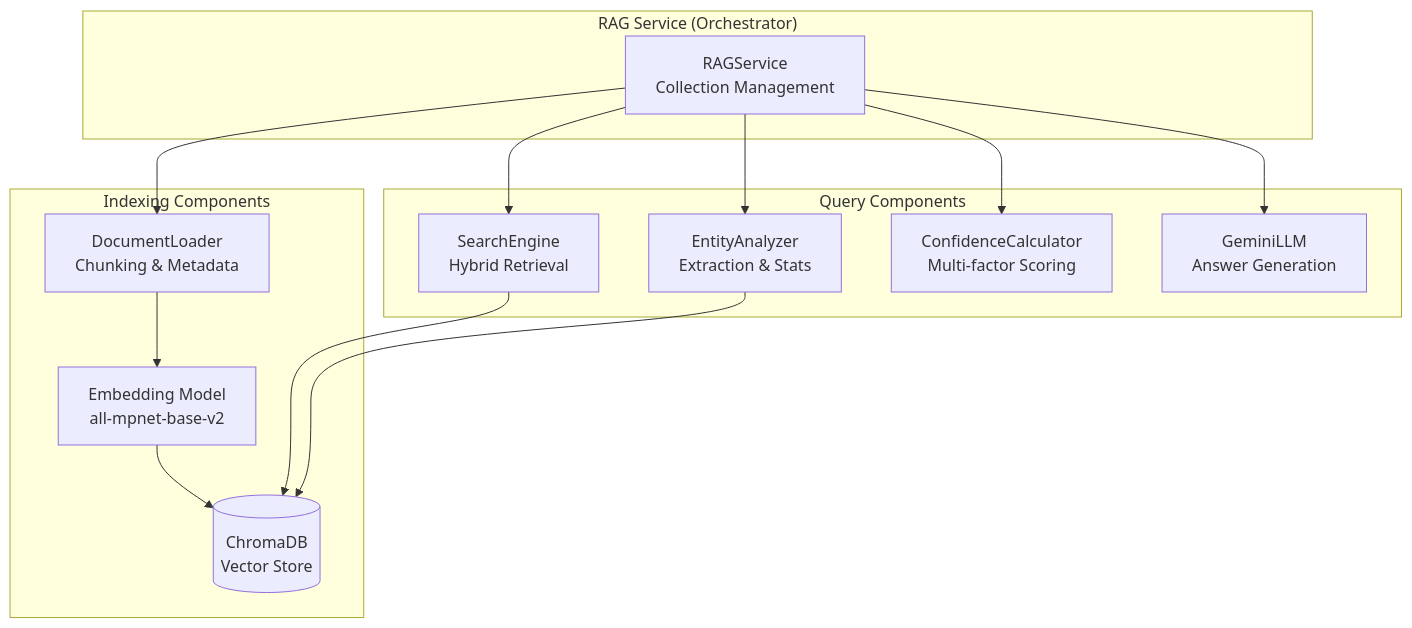
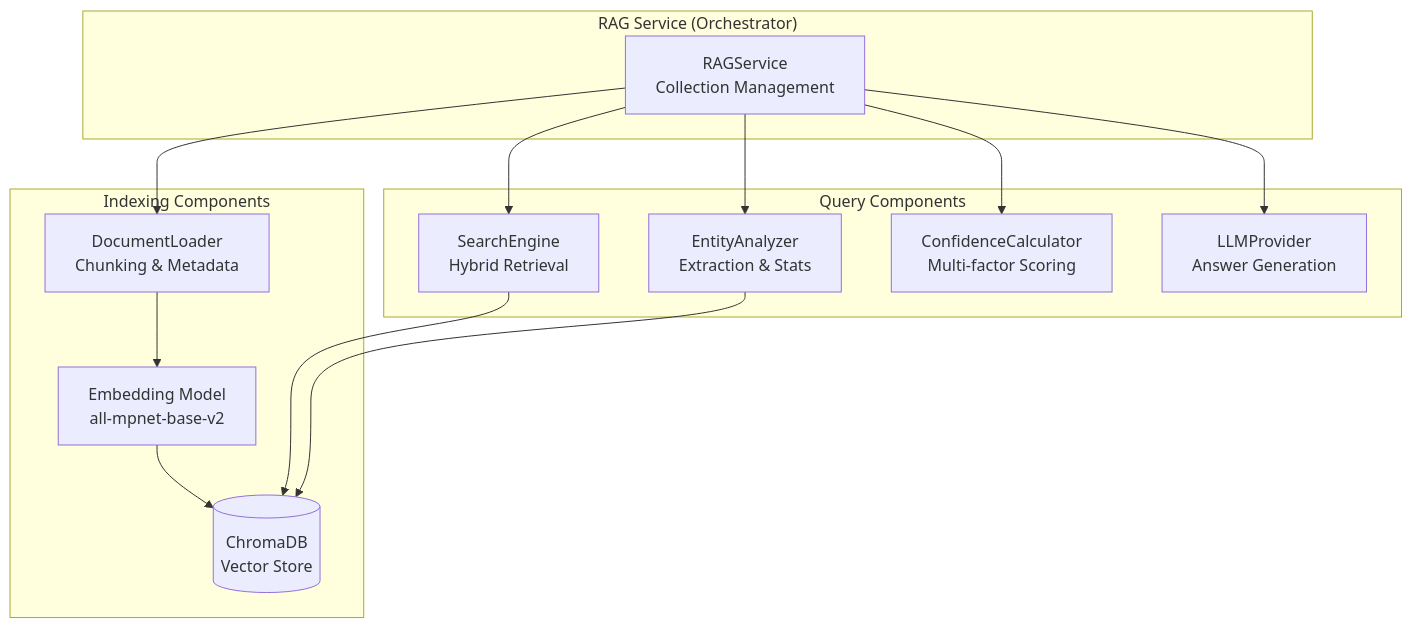
Before and after one commit to JustaKris/Donald-Trump-Rally-Speeches-NLP: the fourth of 14 diagrams in docs/reference/architecture.md, drawn with Mermaid. The commit also changed other lines of this file and 8 other files, not shown here.

````diff
--- a/docs/reference/architecture.md
+++ b/docs/reference/architecture.md
@@ -275,30 +365,30 @@
 ```mermaid
 graph TB
     subgraph "RAG Service (Orchestrator)"
         Orchestrator[RAGService<br/>Collection Management]
     end
     
     subgraph "Indexing Components"
         Loader[DocumentLoader<br/>Chunking & Metadata]
         Embedder[Embedding Model<br/>all-mpnet-base-v2]
         DB[(ChromaDB<br/>Vector Store)]
     end
     
     subgraph "Query Components"
         Search[SearchEngine<br/>Hybrid Retrieval]
         Entities[EntityAnalyzer<br/>Extraction & Stats]
         Confidence[ConfidenceCalculator<br/>Multi-factor Scoring]
-        LLM[GeminiLLM<br/>Answer Generation]
+        LLM[LLMProvider<br/>Answer Generation]
     end
     
     Orchestrator --> Loader
     Loader --> Embedder
     Embedder --> DB
     
     Orchestrator --> Search
     Search --> DB
     Orchestrator --> Entities
     Entities --> DB
     Orchestrator --> Confidence
     Orchestrator --> LLM
 ```
````
